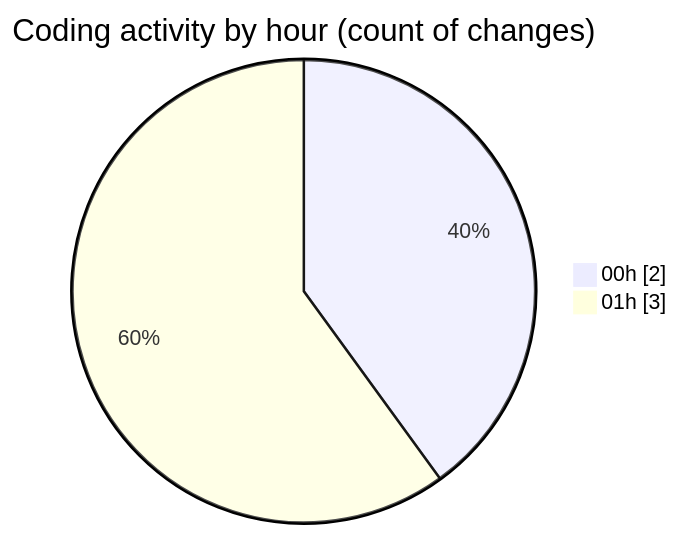
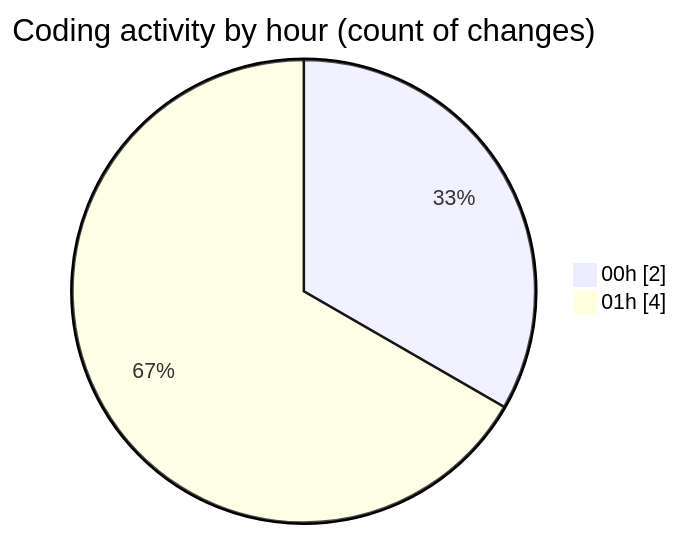
The second of 2 diagrams in 2025-08-08/studybuddy/README.md (lephambinh05/code-tracking), drawn with Mermaid before and after one commit. The commit also changed other lines of this file and 1 other file, not shown here.

````diff
--- a/2025-08-08/studybuddy/README.md
+++ b/2025-08-08/studybuddy/README.md
@@ -31,6 +33,6 @@
 ```mermaid
 pie showData
 title Coding activity by hour (count of changes)
 "00h" : 2
-"01h" : 3
+"01h" : 4
 ```
````
